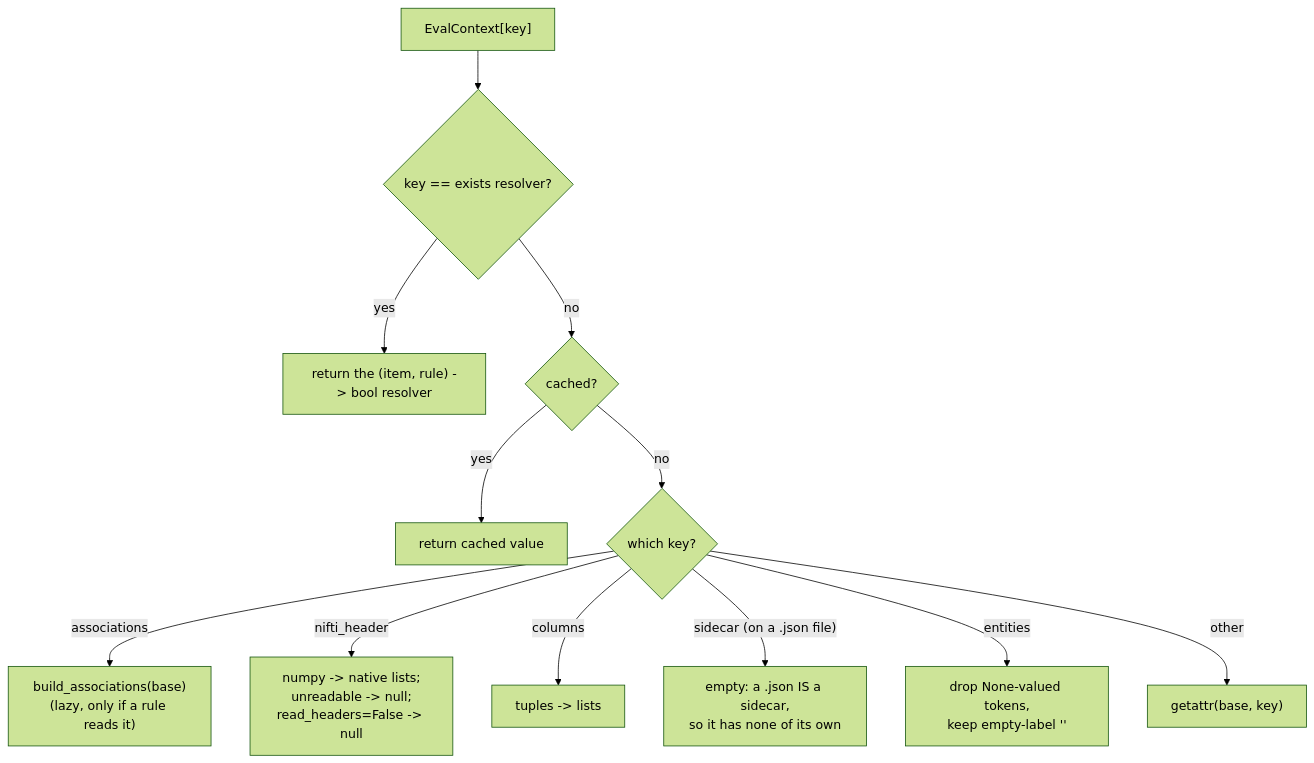
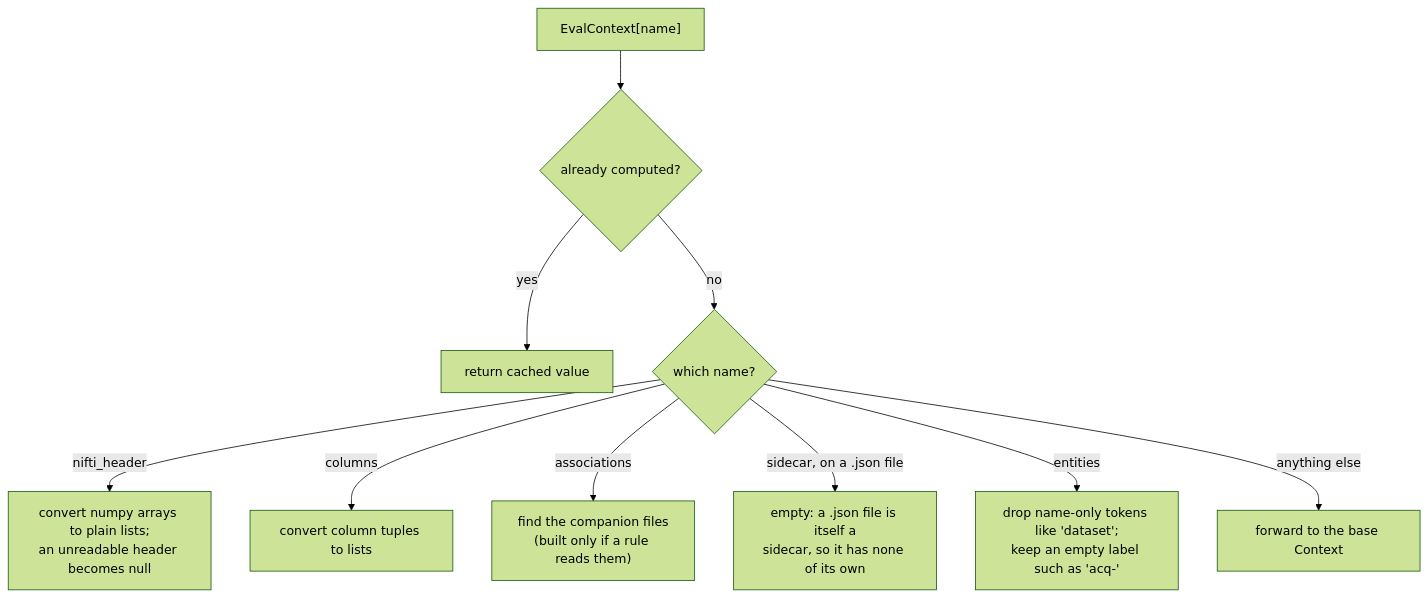
Before and after one commit to karellopez/python-validator: the third of 8 diagrams in docs/architecture.md, drawn with Mermaid (forest theme). The commit also changed other lines of this file and 4 other files, not shown here.

First line of the commit message:
docs: add a "what changed" page and rewrite the architecture doc in plain prose

````diff
--- a/docs/architecture.md
+++ b/docs/architecture.md
@@ -207,14 +148,12 @@
 ```mermaid
 flowchart TD
-    GET["EvalContext[key]"] --> EX{"key == exists resolver?"}
-    EX -- yes --> RES["return the (item, rule) -> bool resolver"]
-    EX -- no --> CACHE{"cached?"}
+    GET["EvalContext[name]"] --> CACHE{"already computed?"}
     CACHE -- yes --> RET["return cached value"]
-    CACHE -- no --> K{"which key?"}
-    K -- associations --> ASSOC["build_associations(base)<br/>(lazy, only if a rule reads it)"]
-    K -- nifti_header --> NIFTI["numpy -> native lists;<br/>unreadable -> null;<br/>read_headers=False -> null"]
-    K -- columns --> COLS["tuples -> lists"]
-    K -- "sidecar (on a .json file)" --> EMPTY["empty: a .json IS a sidecar,<br/>so it has none of its own"]
-    K -- entities --> ENT["drop None-valued tokens,<br/>keep empty-label ''"]
-    K -- other --> DELEG["getattr(base, key)"]
+    CACHE -- no --> K{"which name?"}
+    K -- nifti_header --> NIFTI["convert numpy arrays to plain lists;<br/>an unreadable header becomes null"]
+    K -- columns --> COLS["convert column tuples to lists"]
+    K -- associations --> ASSOC["find the companion files<br/>(built only if a rule reads them)"]
+    K -- "sidecar, on a .json file" --> EMPTY["empty: a .json file is itself a<br/>sidecar, so it has none of its own"]
+    K -- entities --> ENT["drop name-only tokens like 'dataset';<br/>keep an empty label such as 'acq-'"]
+    K -- anything else --> DELEG["forward to the base Context"]
 ```
````
